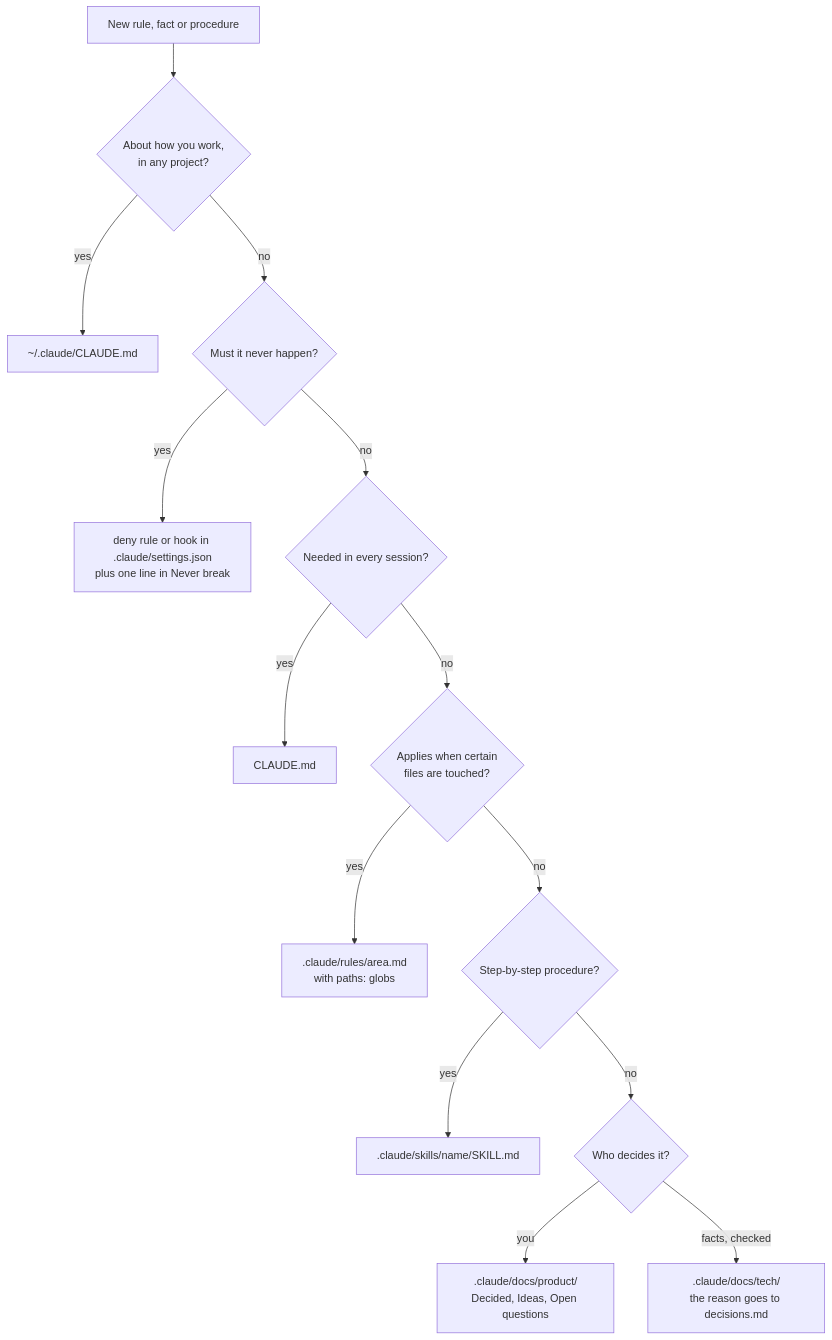
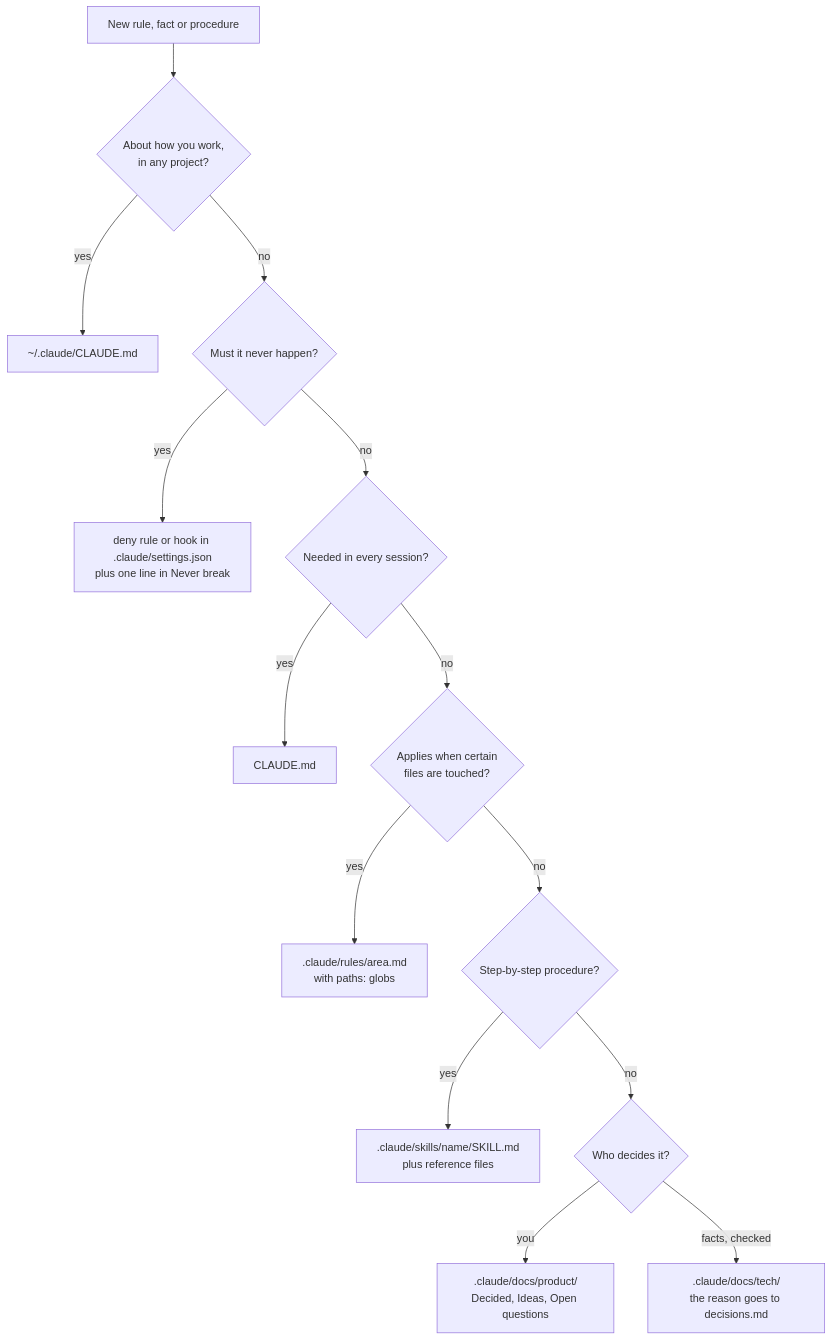
One commit to enmeshia/claude-code-kit changed the fourth of 6 diagrams in README.md. Above: the diagram before and after it, drawn with Mermaid. The commit also changed 2 other files, not shown here.

Commit message:
feat(skills): research and handoff add their history entry
The research and handoff skills add an entry to the project's record
index when it keeps one, so the guide check does not flag a new doc in
the next session. The knowledge diagram names skill reference files.

````diff
--- a/README.md
+++ b/README.md
@@ -175,16 +175,16 @@
 ```mermaid
 flowchart TD
   k["New rule, fact or procedure"] --> me{"About how you work,<br/>in any project?"}
   me -- yes --> global["~/.claude/CLAUDE.md"]
   me -- no --> never{"Must it never happen?"}
   never -- yes --> deny["deny rule or hook in .claude/settings.json<br/>plus one line in Never break"]
   never -- no --> every{"Needed in every session?"}
   every -- yes --> guide["CLAUDE.md"]
   every -- no --> files{"Applies when certain<br/>files are touched?"}
   files -- yes --> rule[".claude/rules/area.md<br/>with paths: globs"]
   files -- no --> steps{"Step-by-step procedure?"}
-  steps -- yes --> skill[".claude/skills/name/SKILL.md"]
+  steps -- yes --> skill[".claude/skills/name/SKILL.md<br/>plus reference files"]
   steps -- no --> docs{"Who decides it?"}
   docs -- you --> product[".claude/docs/product/<br/>Decided, Ideas, Open questions"]
   docs -- "facts, checked" --> tech[".claude/docs/tech/<br/>the reason goes to decisions.md"]
 ```
````
